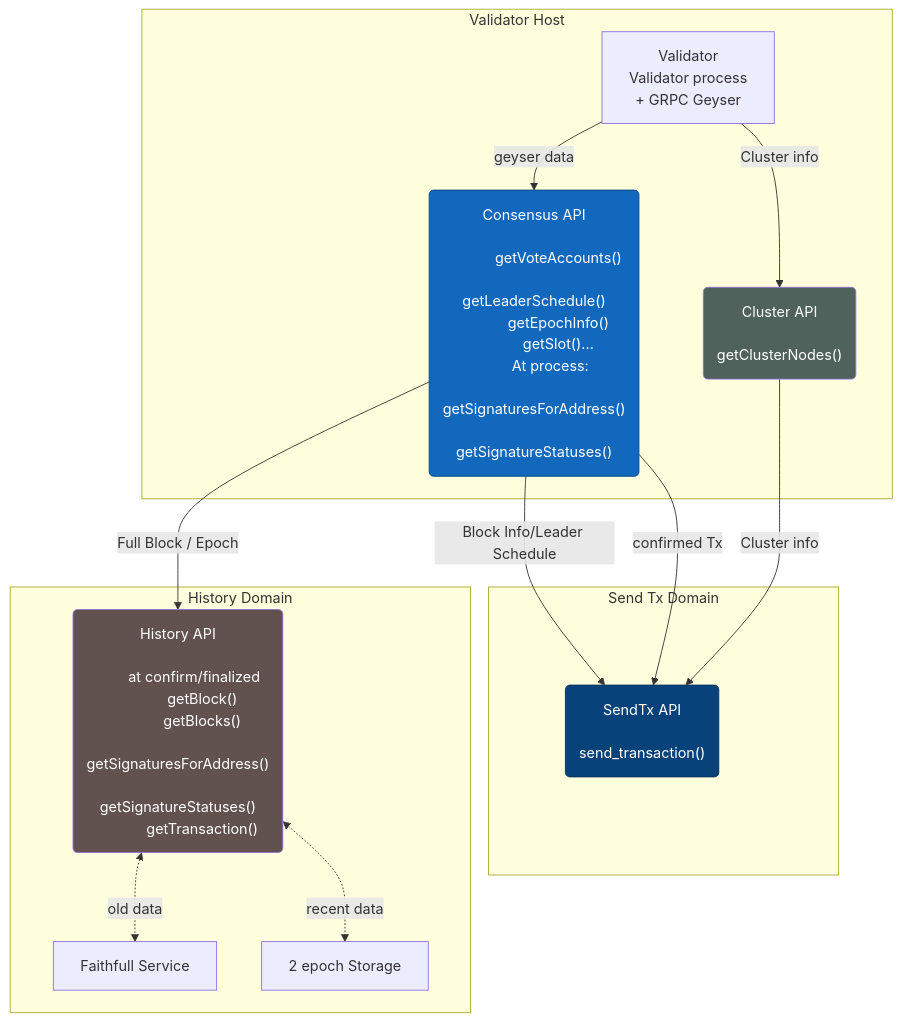
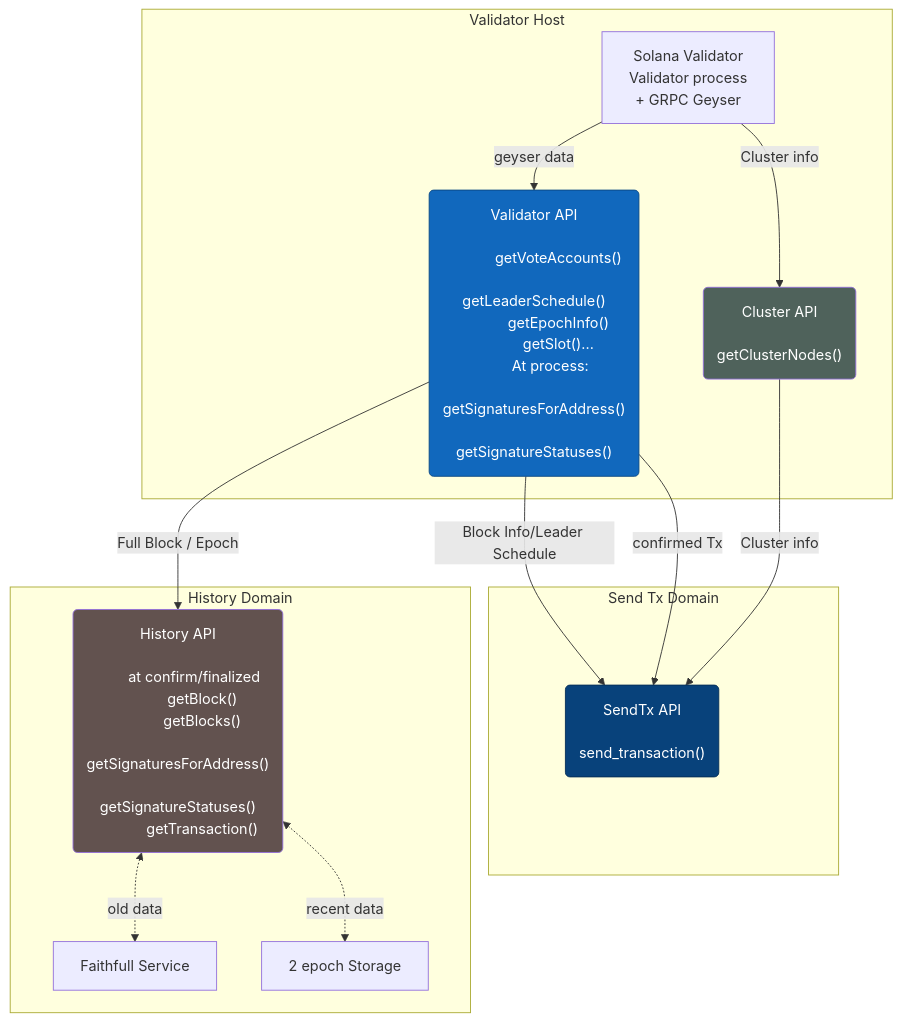
One commit to zacharywing303-art/transaction changed the first of 4 diagrams in docs/architecture.md. Above: the diagram before and after it, drawn with Mermaid. The commit also changed other lines of this file, not shown here.

First line of the commit message:
Update architecture.md

````diff
--- a/docs/architecture.md
+++ b/docs/architecture.md
@@ -50,63 +49,63 @@
 ```mermaid
 flowchart TD
     subgraph Send Tx Domain
         SendTx("SendTx API
 
               send_transaction()")
     end
 
     subgraph History Domain
         History("History API
 
         at confirm/finalized
             getBlock()
             getBlocks()
             getSignaturesForAddress()
             getSignatureStatuses()
             getTransaction()")
         Faithfull["Faithfull Service"]
         Storage["2 epoch Storage"]
     end
 
     subgraph Validator Host
-        Validator["Validator
+        Validator["Solana Validator
             Validator process
             + GRPC Geyser"]
         
-        Consensus("Consensus API
+        Consensus("Validator API
 
             getVoteAccounts()
             getLeaderSchedule()
             getEpochInfo()
             getSlot()...
         At process:
             getSignaturesForAddress()
             getSignatureStatuses()
 
               ")
         Cluster("Cluster API
             
            getClusterNodes()")
     end
     
 
     Validator-- "geyser data" -->Consensus
     Validator-- "Cluster info" -->Cluster
     Consensus-- "Block Info/Leader Schedule" -->SendTx
     Consensus-- "confirmed Tx" -->SendTx
     Cluster-- "Cluster info" -->SendTx
     Consensus-- "Full Block / Epoch" -->History
     History<-. "old data" .-> Faithfull
     History<-. "recent data" .-> Storage
 
     classDef consensus fill:#1168bd,stroke:#0b4884,color:#ffffff
     classDef history fill:#666,stroke:#0b4884,color:#ffffff
     classDef sendtx fill:#08427b,stroke:#052e56,color:#ffffff
     classDef redgray fill:#62524F, color:#fff
     classDef greengray fill:#4F625B, color:#fff
 
     class SendTx sendtx
     class History redgray
     class Consensus consensus
     class Cluster greengray
 ```
````
